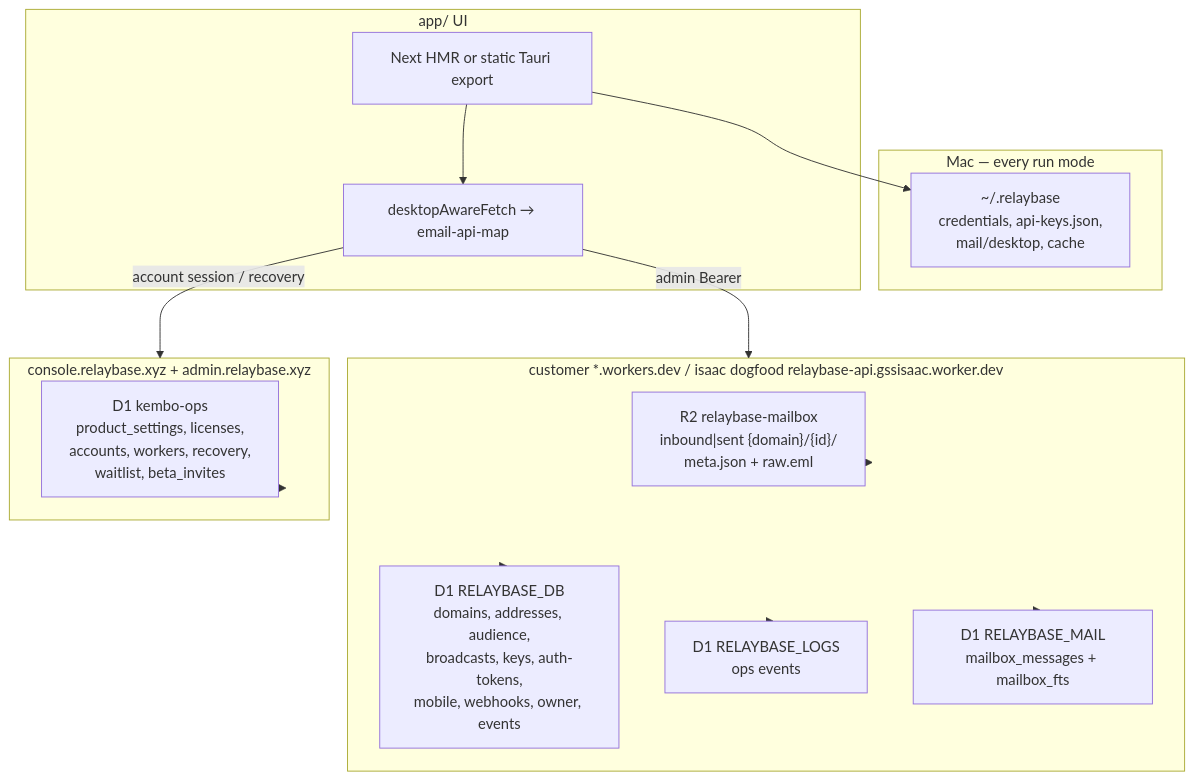
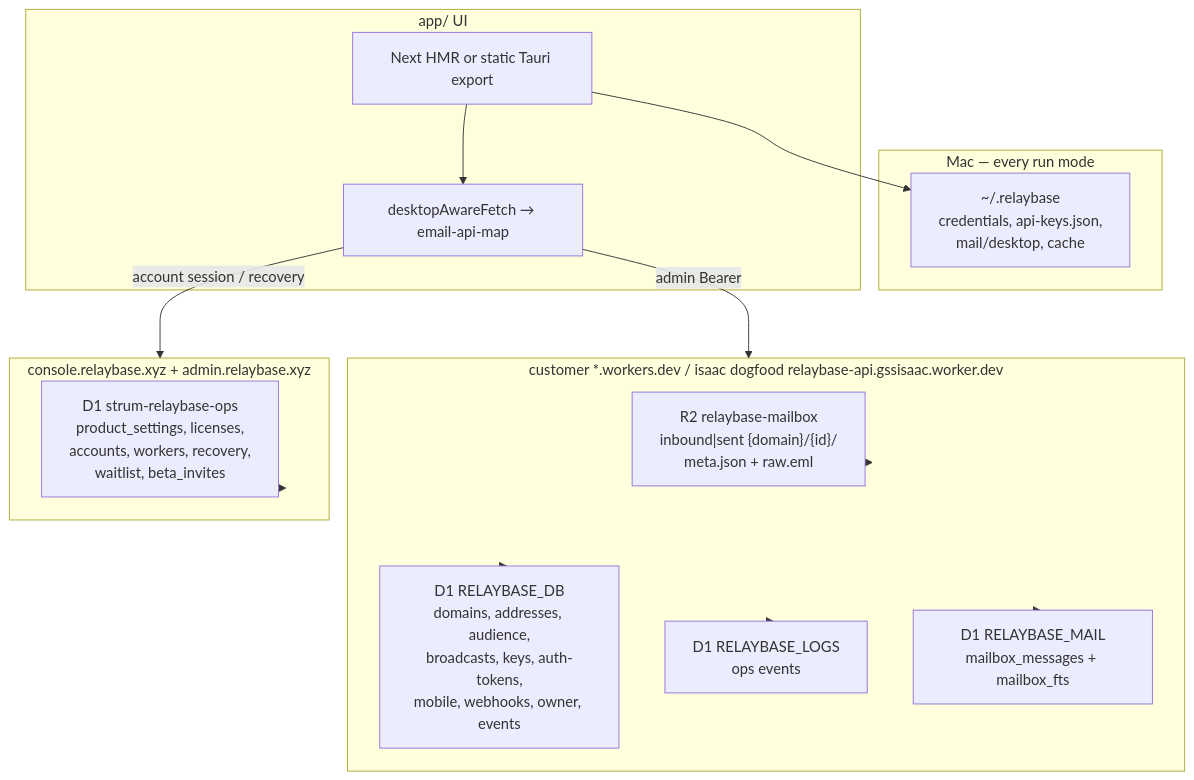
Before and after one commit to gssisaac/relaybase: the diagram in docs/storage-architecture.md, drawn with Mermaid. The commit also changed other lines of this file and 12 other files, not shown here.

First line of the commit message:
Move Kembo ops workers and D1 onto the Strum Cloudflare account.

````diff
--- a/docs/storage-architecture.md
+++ b/docs/storage-architecture.md
@@ -25,28 +25,28 @@
 ```mermaid
 flowchart TB
   subgraph local [Mac — every run mode]
     Home["~/.relaybase\ncredentials, api-keys.json,\nmail/desktop, cache"]
   end
   subgraph client [app/ UI]
     UI["Next HMR or static Tauri export"]
     Fetch["desktopAwareFetch → email-api-map"]
   end
   subgraph worker [customer *.workers.dev / isaac dogfood relaybase-api.gssisaac.worker.dev]
     R2["R2 relaybase-mailbox\ninbound|sent {domain}/{id}/\nmeta.json + raw.eml"]
     D1App["D1 RELAYBASE_DB\ndomains, addresses, audience,\nbroadcasts, keys, auth-tokens,\nmobile, webhooks, owner, events"]
     D1["D1 RELAYBASE_LOGS\nops events"]
     D1Mail["D1 RELAYBASE_MAIL\nmailbox_messages + mailbox_fts"]
   end
   subgraph console [console.relaybase.xyz + admin.relaybase.xyz]
-    KemboD1["D1 kembo-ops\nproduct_settings, licenses,\naccounts, workers, recovery,\nwaitlist, beta_invites"]
+    KemboD1["D1 strum-relaybase-ops\nproduct_settings, licenses,\naccounts, workers, recovery,\nwaitlist, beta_invites"]
   end
   UI --> Fetch
   Fetch -->|"admin Bearer"| worker
   Fetch -->|"account session / recovery"| console
   UI --> Home
   worker --> R2
   worker --> D1App
   worker --> D1
   worker --> D1Mail
   console --> KemboD1
 ```
````
